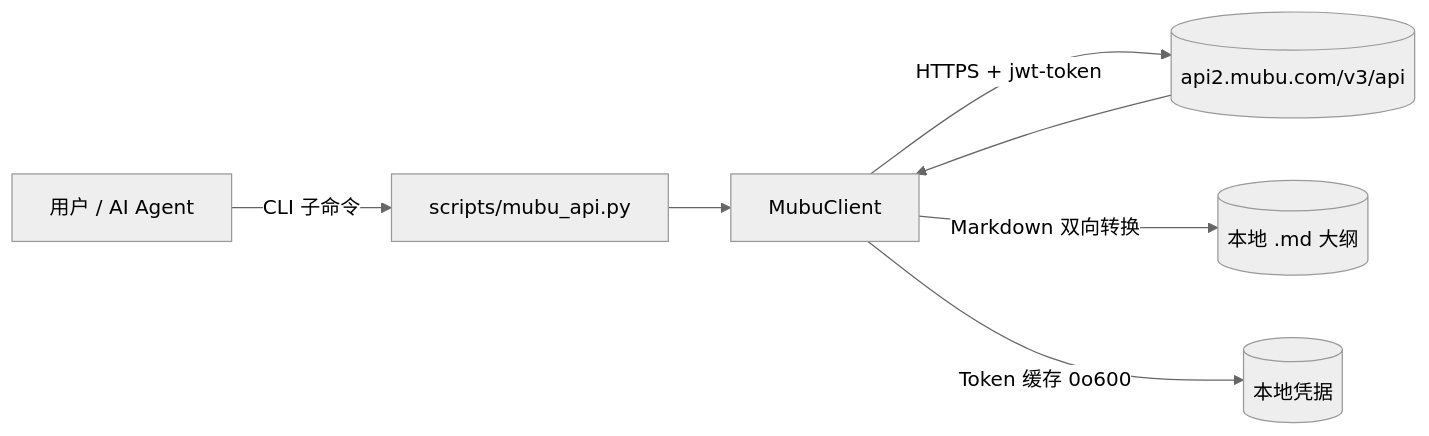
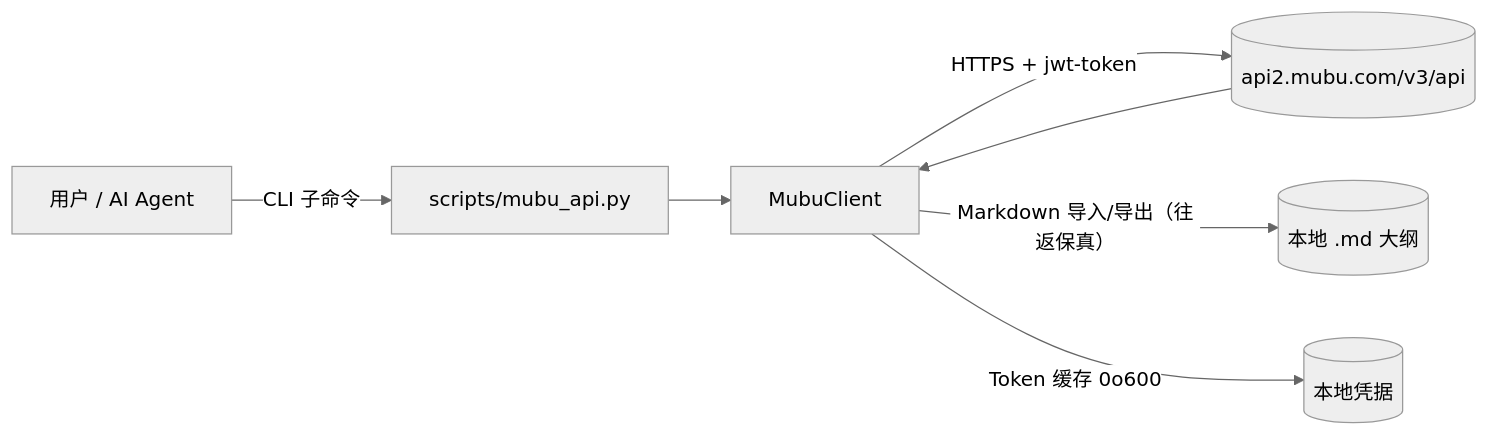
One commit to liuboacean/mubu-integration changed the first of 2 diagrams in README.md. Above: the diagram before and after it, drawn with Mermaid (neutral theme). The commit also changed other lines of this file and 10 other files, not shown here.

````diff
--- a/README.md
+++ b/README.md
@@ -64,9 +69,9 @@
 ```mermaid
 flowchart LR
     U[用户 / AI Agent] -->|CLI 子命令| CLI[scripts/mubu_api.py]
     CLI --> Client[MubuClient]
     Client -->|HTTPS + jwt-token| API[(api2.mubu.com/v3/api)]
     API --> Client
-    Client -->|Markdown 双向转换| MD[(本地 .md 大纲)]
+    Client -->|Markdown 导入/导出（往返保真）| MD[(本地 .md 大纲)]
     Client -->|Token 缓存 0o600| Cache[(本地凭据)]
 ```
````
